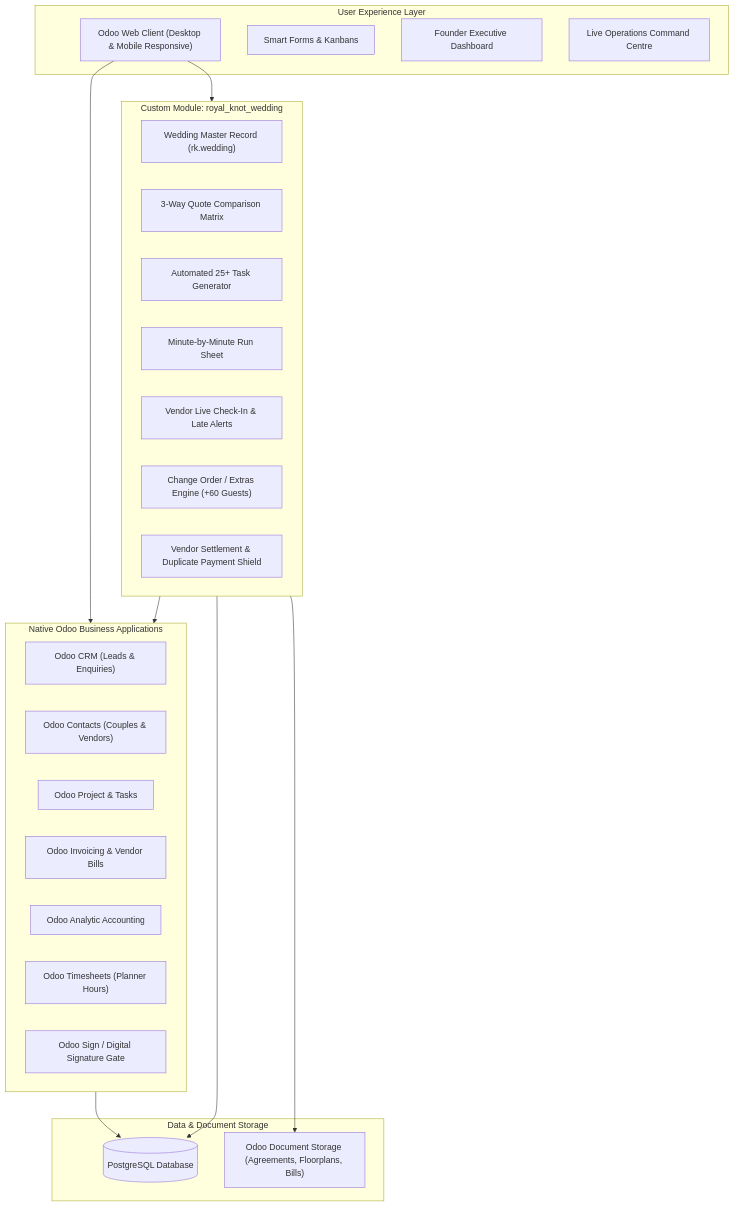
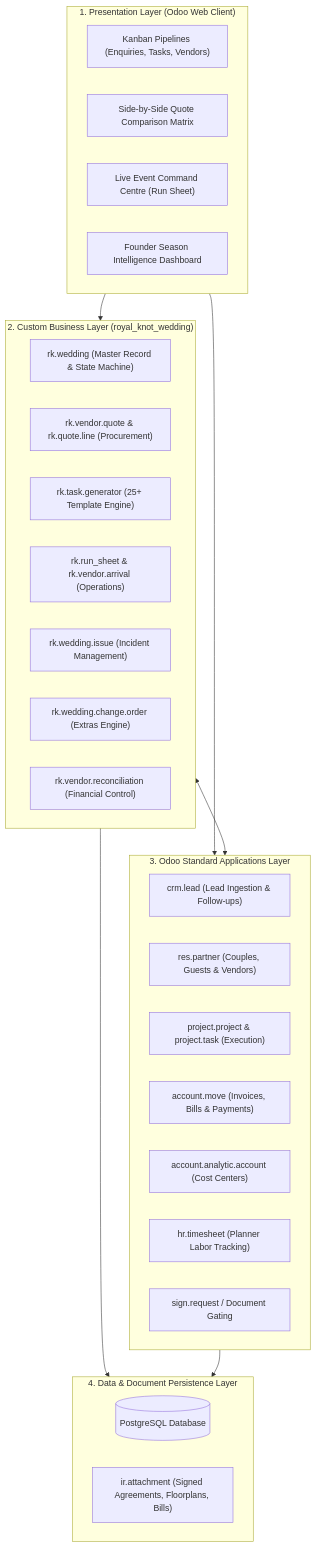
One commit to pavankarthikeyaatchyuta-lab/ODOO_Finals changed the first of 9 diagrams in README.md. Above: the diagram before and after it, drawn with Mermaid. The commit also changed other lines of this file, not shown here.

Commit message:
docs: streamline README to focus on technical architectures, end-to-end workflows, and tech stack

````diff
--- a/README.md
+++ b/README.md
@@ -36,41 +29,40 @@
 ```mermaid
-graph TD
-    subgraph Presentation_Layer["User Experience Layer"]
-        UI["Odoo Web Client (Desktop & Mobile Responsive)"]
-        Forms["Smart Forms & Kanbans"]
-        Dashboards["Founder Executive Dashboard"]
-        RunSheetUI["Live Operations Command Centre"]
+flowchart TD
+    subgraph Presentation_Layer["1. Presentation Layer (Odoo Web Client)"]
+        UI_Kanban["Kanban Pipelines (Enquiries, Tasks, Vendors)"]
+        UI_Matrix["Side-by-Side Quote Comparison Matrix"]
+        UI_Command["Live Event Command Centre (Run Sheet)"]
+        UI_Dashboard["Founder Season Intelligence Dashboard"]
     end
 
-    subgraph Odoo_Core_Apps["Native Odoo Business Applications"]
-        CRM["Odoo CRM (Leads & Enquiries)"]
-        Contacts["Odoo Contacts (Couples & Vendors)"]
-        Project["Odoo Project & Tasks"]
-        Invoicing["Odoo Invoicing & Vendor Bills"]
-        Analytic["Odoo Analytic Accounting"]
-        Timesheet["Odoo Timesheets (Planner Hours)"]
-        Sign["Odoo Sign / Digital Signature Gate"]
+    subgraph Custom_Module["2. Custom Business Layer (royal_knot_wedding)"]
+        M_Wedding["rk.wedding (Master Record & State Machine)"]
+        M_Quotes["rk.vendor.quote & rk.quote.line (Procurement)"]
+        M_PlanGen["rk.task.generator (25+ Template Engine)"]
+        M_RunSheet["rk.run_sheet & rk.vendor.arrival (Operations)"]
+        M_Issues["rk.wedding.issue (Incident Management)"]
+        M_ChangeOrder["rk.wedding.change.order (Extras Engine)"]
+        M_Reconcile["rk.vendor.reconciliation (Financial Control)"]
     end
 
-    subgraph Custom_Addon["Custom Module: royal_knot_wedding"]
-        RK_Wedding["Wedding Master Record (rk.wedding)"]
-        RK_Quotes["3-Way Quote Comparison Matrix"]
-        RK_AutoPlan["Automated 25+ Task Generator"]
-        RK_RunSheet["Minute-by-Minute Run Sheet"]
-        RK_Checkin["Vendor Live Check-In & Late Alerts"]
-        RK_ChangeOrders["Change Order / Extras Engine (+60 Guests)"]
-        RK_Reconcile["Vendor Settlement & Duplicate Payment Shield"]
+    subgraph Odoo_Core["3. Odoo Standard Applications Layer"]
+        App_CRM["crm.lead (Lead Ingestion & Follow-ups)"]
+        App_Contacts["res.partner (Couples, Guests & Vendors)"]
+        App_Project["project.project & project.task (Execution)"]
+        App_Account["account.move (Invoices, Bills & Payments)"]
+        App_Analytic["account.analytic.account (Cost Centers)"]
+        App_Timesheet["hr.timesheet (Planner Labor Tracking)"]
+        App_Sign["sign.request / Document Gating"]
     end
 
-    subgraph Persistence_Layer["Data & Document Storage"]
-        Postgres[(PostgreSQL Database)]
-        Attachments["Odoo Document Storage (Agreements, Floorplans, Bills)"]
+    subgraph Persistence_Layer["4. Data & Document Persistence Layer"]
+        DB[(PostgreSQL Database)]
+        DocStore["ir.attachment (Signed Agreements, Floorplans, Bills)"]
     end
 
-    UI --> Odoo_Core_Apps
-    UI --> Custom_Addon
-    Custom_Addon --> Odoo_Core_Apps
-    Odoo_Core_Apps --> Postgres
-    Custom_Addon --> Postgres
-    Custom_Addon --> Attachments
+    Presentation_Layer --> Custom_Module
+    Presentation_Layer --> Odoo_Core
+    Custom_Module <--> Odoo_Core
+    Custom_Module --> Persistence_Layer
+    Odoo_Core --> Persistence_Layer
 ```
````
